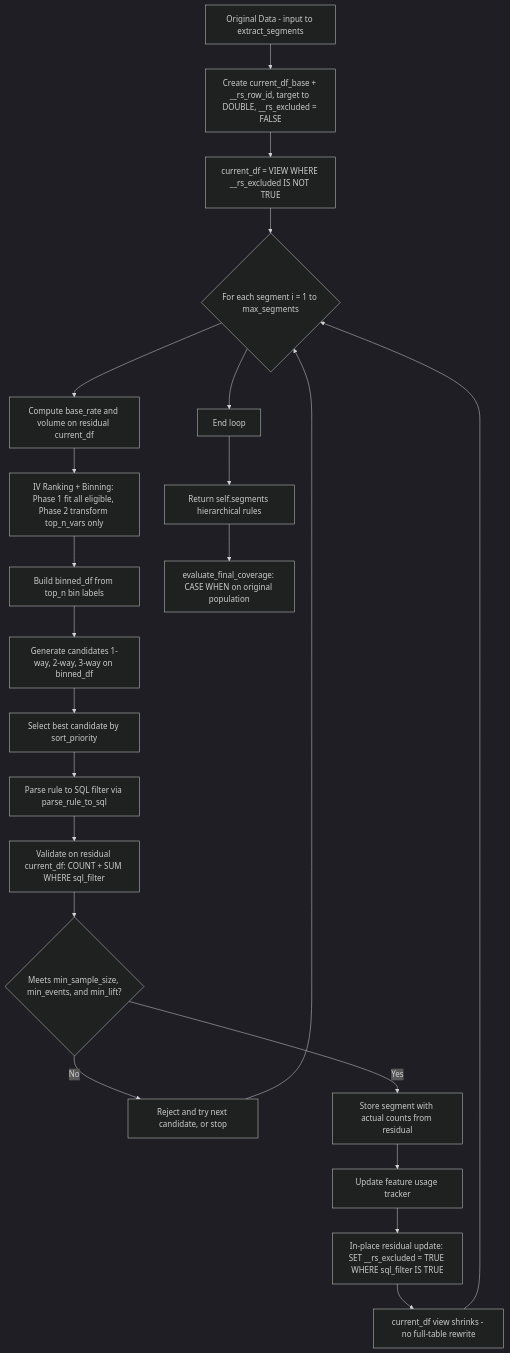
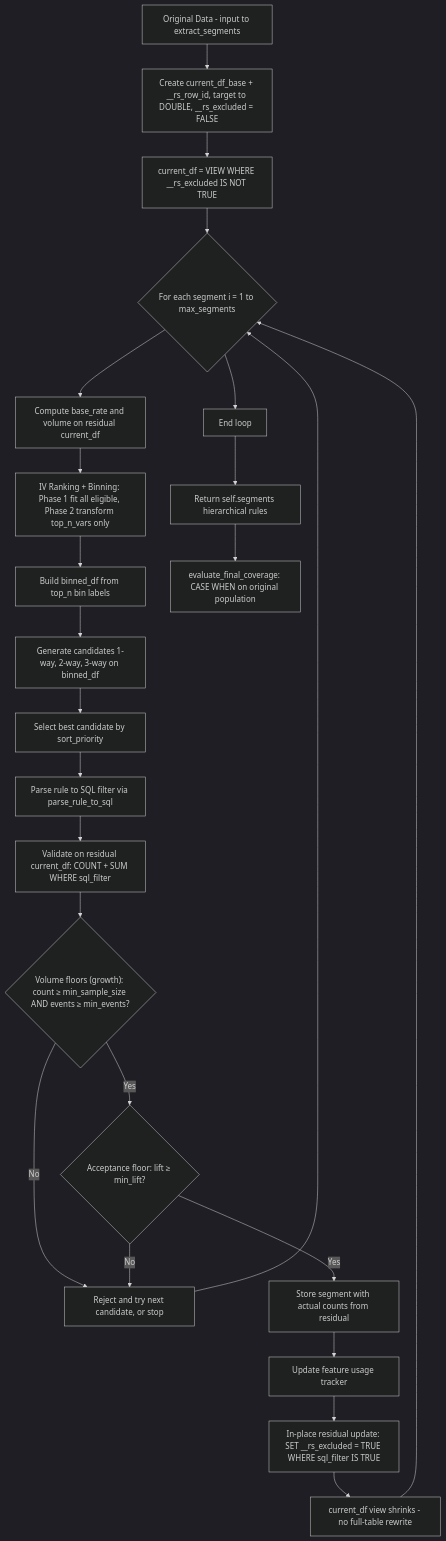
Before and after one commit to B2BDA/RapidSegment: the third of 4 diagrams in README.md, drawn with Mermaid. The commit also changed other lines of this file and 3 other files, not shown here.

````diff
--- a/README.md
+++ b/README.md
@@ -269,48 +269,51 @@
 ```mermaid
 ---
 config:
   theme: dark
 ---
 flowchart TD
     A["Original Data - input to extract_segments"]
     --> B["Create current_df_base + __rs_row_id, target to DOUBLE, __rs_excluded = FALSE"]
 
     B --> V["current_df = VIEW WHERE __rs_excluded IS NOT TRUE"]
 
     V --> C{"For each segment i = 1 to max_segments"}
 
     C --> D["Compute base_rate and volume on residual current_df"]
 
     D --> E["IV Ranking + Binning: Phase 1 fit all eligible, Phase 2 transform top_n_vars only"]
 
     E --> F["Build binned_df from top_n bin labels"]
 
     F --> G["Generate candidates 1-way, 2-way, 3-way on binned_df"]
 
     G --> H["Select best candidate by sort_priority"]
 
     H --> I["Parse rule to SQL filter via parse_rule_to_sql"]
 
     I --> J["Validate on residual current_df: COUNT + SUM WHERE sql_filter"]
 
-    J --> K{"Meets min_sample_size, min_events, and min_lift?"}
+    J --> K{"Volume floors (growth): count ≥ min_sample_size AND events ≥ min_events?"}
 
     K -- No --> L["Reject and try next candidate, or stop"]
     L --> C
 
-    K -- Yes --> M["Store segment with actual counts from residual"]
+    K -- Yes --> K2{"Acceptance floor: lift ≥ min_lift?"}
+
+    K2 -- No --> L
+    K2 -- Yes --> M["Store segment with actual counts from residual"]
 
     M --> N["Update feature usage tracker"]
 
     N --> O["In-place residual update: SET __rs_excluded = TRUE WHERE sql_filter IS TRUE"]
 
     O --> P["current_df view shrinks - no full-table rewrite"]
 
     P --> C
 
     C --> Q["End loop"]
 
     Q --> R["Return self.segments hierarchical rules"]
 
     R --> S["evaluate_final_coverage: CASE WHEN on original population"]
 ```
````
